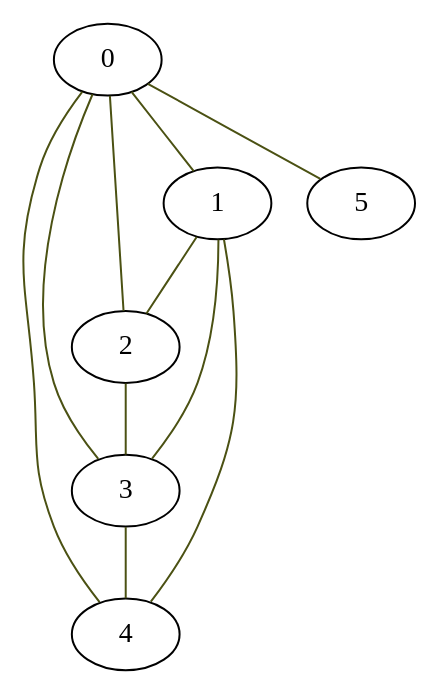
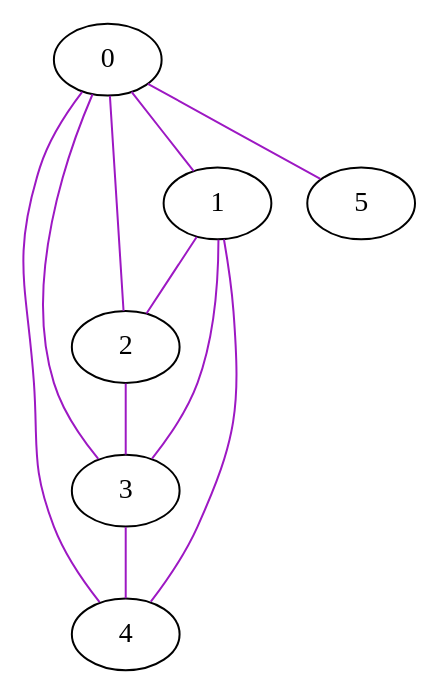
One commit to homoglobina/ChinesePostmen changed the diagram in graph.dot. Above: the diagram before and after it, drawn with Graphviz. The commit also changed 6 other files, not shown here.

```diff
--- a/graph.dot
+++ b/graph.dot
@@ -1,12 +1,12 @@
 graph G {
-  0 -- 1 [color="#4b5113"];
-  0 -- 2 [color="#4b5113"];
-  0 -- 3 [color="#4b5113"];
-  0 -- 4 [color="#4b5113"];
-  0 -- 5 [color="#4b5113"];
-  1 -- 2 [color="#4b5113"];
-  1 -- 3 [color="#4b5113"];
-  1 -- 4 [color="#4b5113"];
-  2 -- 3 [color="#4b5113"];
-  3 -- 4 [color="#4b5113"];
+  0 -- 1 [color="#9d18c3"];
+  0 -- 2 [color="#9d18c3"];
+  0 -- 3 [color="#9d18c3"];
+  0 -- 4 [color="#9d18c3"];
+  0 -- 5 [color="#9d18c3"];
+  1 -- 2 [color="#9d18c3"];
+  1 -- 3 [color="#9d18c3"];
+  1 -- 4 [color="#9d18c3"];
+  2 -- 3 [color="#9d18c3"];
+  3 -- 4 [color="#9d18c3"];
 }
```
